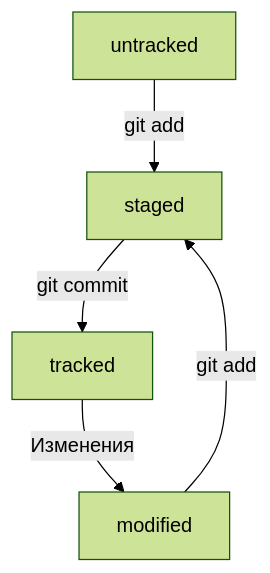
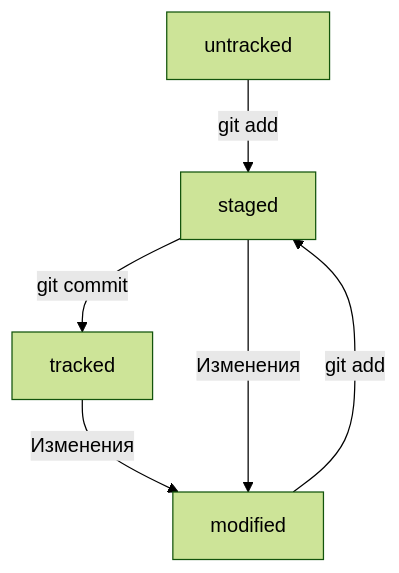
The first of 3 diagrams in README.md (Ellips2/GitLearningHelper), drawn with Mermaid (forest theme) before and after one commit.

Commit message:
fix: схема ЖЦ добавленна стрелка Изменения

````diff
--- a/README.md
+++ b/README.md
@@ -186,7 +186,8 @@
 ```mermaid
 graph TD;
     untracked -- git add --> staged;
     modified -- git add --> staged;
     staged -- git commit --> tracked;
     tracked -- Изменения --> modified;
+    staged -- Изменения --> modified;
 ```
````
